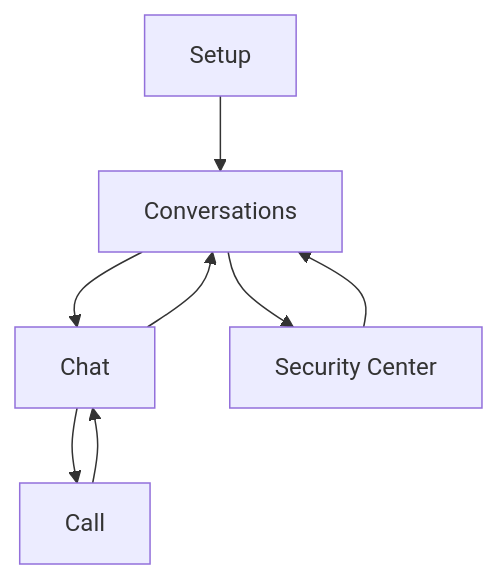
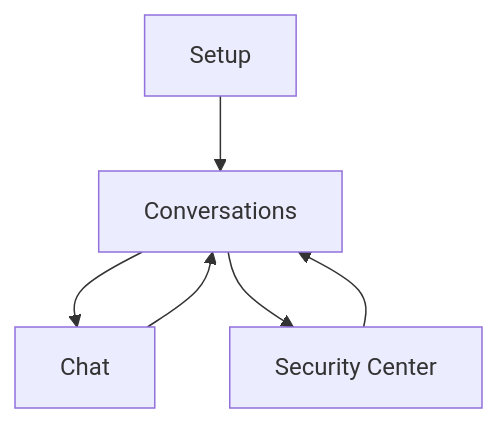
Before and after one commit to ErenAri/post-quantum-messaging-app: the third of 4 diagrams in docs/ANDROID.md, drawn with Mermaid. The commit also changed other lines of this file and 12 other files, not shown here.

````diff
--- a/docs/ANDROID.md
+++ b/docs/ANDROID.md
@@ -35,10 +36,8 @@
 ```mermaid
 flowchart TD
     A[Setup] --> B[Conversations]
     B --> C[Chat]
     B --> D[Security Center]
-    C --> E[Call]
     C --> B
     D --> B
-    E --> C
 ```
````
